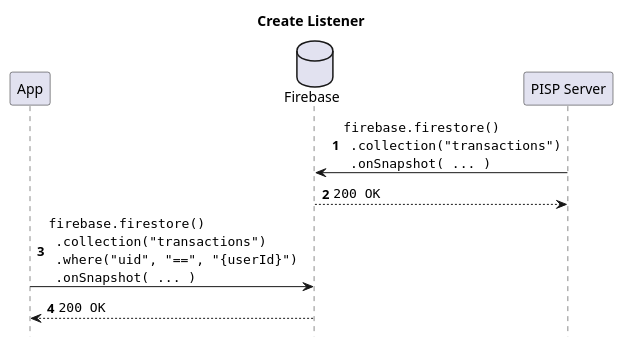
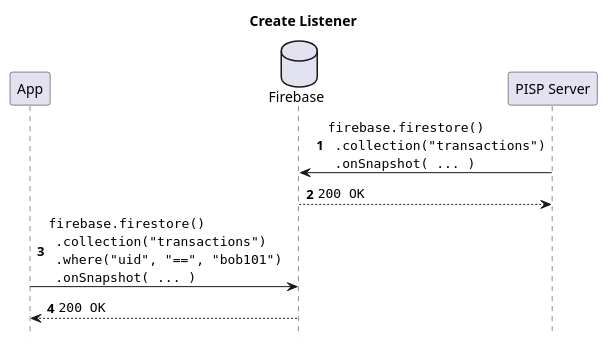
Before and after one commit to mojaloop/contrib-pisp-demo-svc: the diagram in docs/assets/diagrams/transfer/01-create-listener.puml, drawn with PlantUML. The commit also changed 10 other files, not shown here.

Commit message:
fix(docs): merge flow for transfer and lookup

```diff
--- a/docs/assets/diagrams/transfer/01-create-listener.puml
+++ b/docs/assets/diagrams/transfer/01-create-listener.puml
@@ -1,24 +1,24 @@
 @startuml
 
 title Create Listener
 
 hide footbox
 
 autonumber
 
 participant App
 database Firebase
 participant "PISP Server" as PISP
 
 PISP -> Firebase: ""firebase.firestore()""\n\
   "".collection("transactions")""\n\
   "".onSnapshot( ... )""
 return ""200 OK""
 
 App -> Firebase: ""firebase.firestore()""\n\
   "".collection("transactions")""\n\
-  "".where("uid", "==", "{userId}")""\n\
+  "".where("uid", "==", "bob101")""\n\
   "".onSnapshot( ... )""
 return ""200 OK""
 
 @enduml
```
